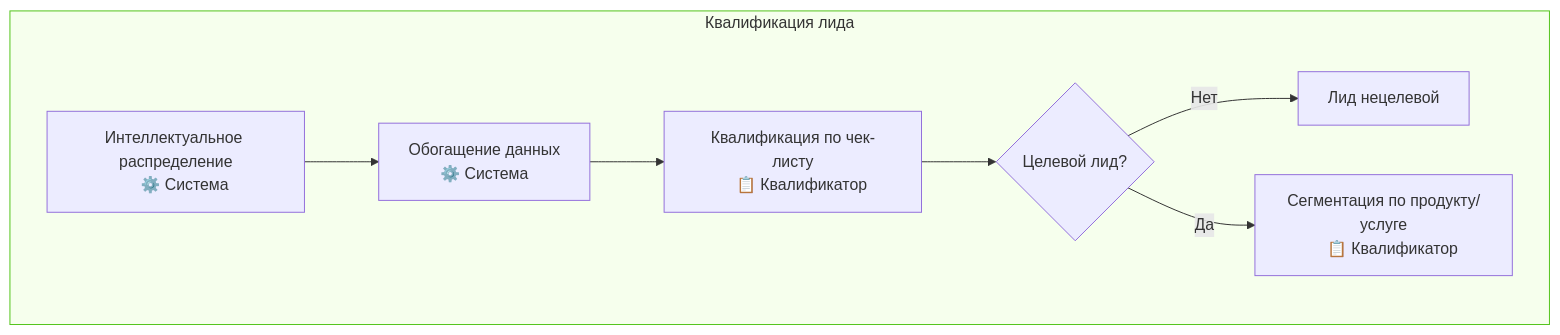
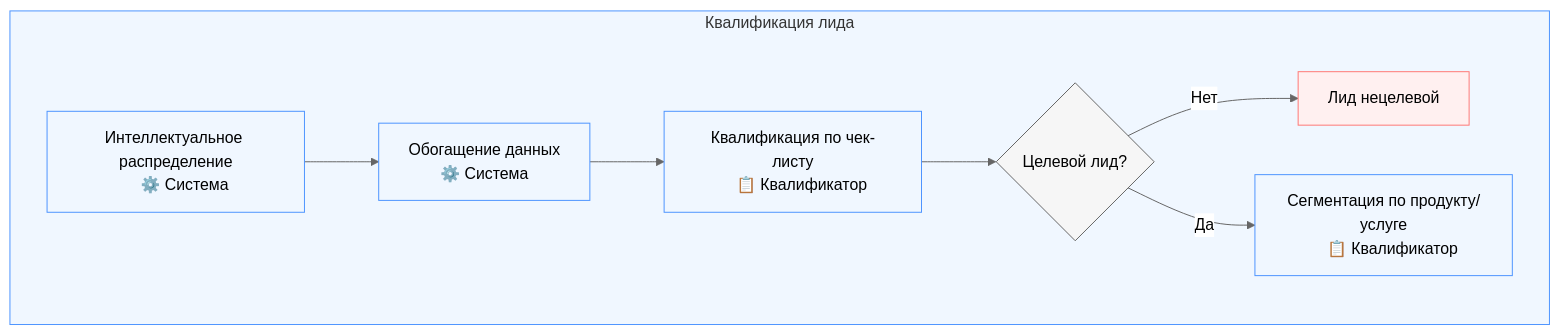
The third of 5 diagrams in README.md (electronic777/Trust-PF-Docs), drawn with Mermaid before and after one commit. The commit also changed other lines of this file, not shown here.

````diff
--- a/README.md
+++ b/README.md
@@ -162,32 +314,48 @@
 ```mermaid
+%%{init: {
+  'theme': 'neutral',
+  'themeVariables': {
+    'primaryColor': '#f4f4f4',
+    'primaryTextColor': '#333',
+    'primaryBorderColor': '#ddd',
+    'lineColor': '#666',
+    'secondaryColor': '#f0f7ff',
+    'tertiaryColor': '#fff'
+  }
+}}%%
 flowchart TD
  subgraph qualification["Квалификация лида"]
     leadDistribution["Интеллектуальное распределение
     ⚙️ Система"] 
     
     dataEnrichment["Обогащение данных
     ⚙️ Система"]
     
     qualificationCheck["Квалификация по чек-листу
     📋 Квалификатор"]
     
     leadVerdict{"Целевой лид?"}
     
     notTarget["Лид нецелевой"]
     
     targetSegmentation["Сегментация по продукту/услуге
     📋 Квалификатор"]
     
     leadDistribution --> dataEnrichment
     dataEnrichment --> qualificationCheck
     qualificationCheck --> leadVerdict
     leadVerdict -- "Нет" --> notTarget
     leadVerdict -- "Да" --> targetSegmentation
  end
  
  %% Стили для блоков
- classDef qualificationBlock fill:#f6ffed,stroke:#52c41a
+ style qualification fill:#f0f7ff,stroke:#4d94ff,stroke-width:1px
  
- %% Применение стилей
- qualification:::qualificationBlock
+ %% Стили для элементов
+ style leadDistribution fill:#f0f7ff,stroke:#4d94ff,stroke-width:1px
+ style dataEnrichment fill:#f0f7ff,stroke:#4d94ff,stroke-width:1px
+ style qualificationCheck fill:#f0f7ff,stroke:#4d94ff,stroke-width:1px
+ style leadVerdict fill:#f6f6f6,stroke:#666,stroke-width:1px
+ style notTarget fill:#fff0f0,stroke:#ff7875,stroke-width:1px
+ style targetSegmentation fill:#f0f7ff,stroke:#4d94ff,stroke-width:1px
 ```
````
